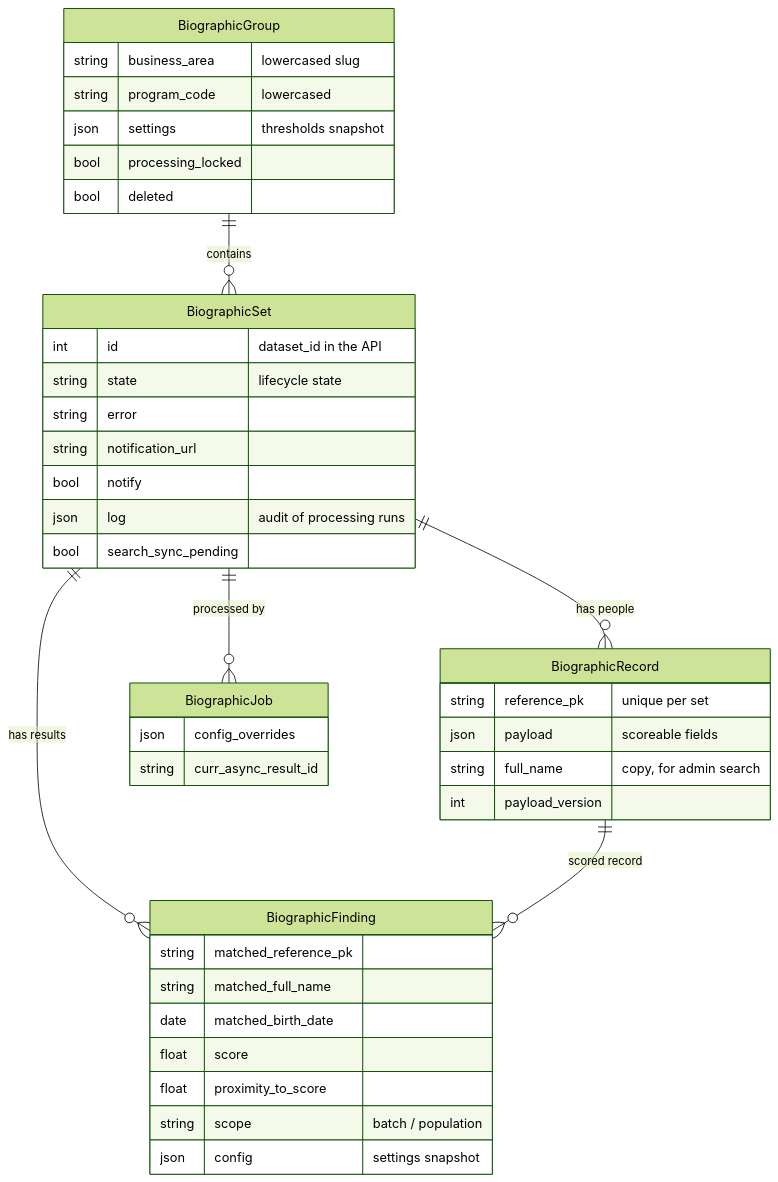
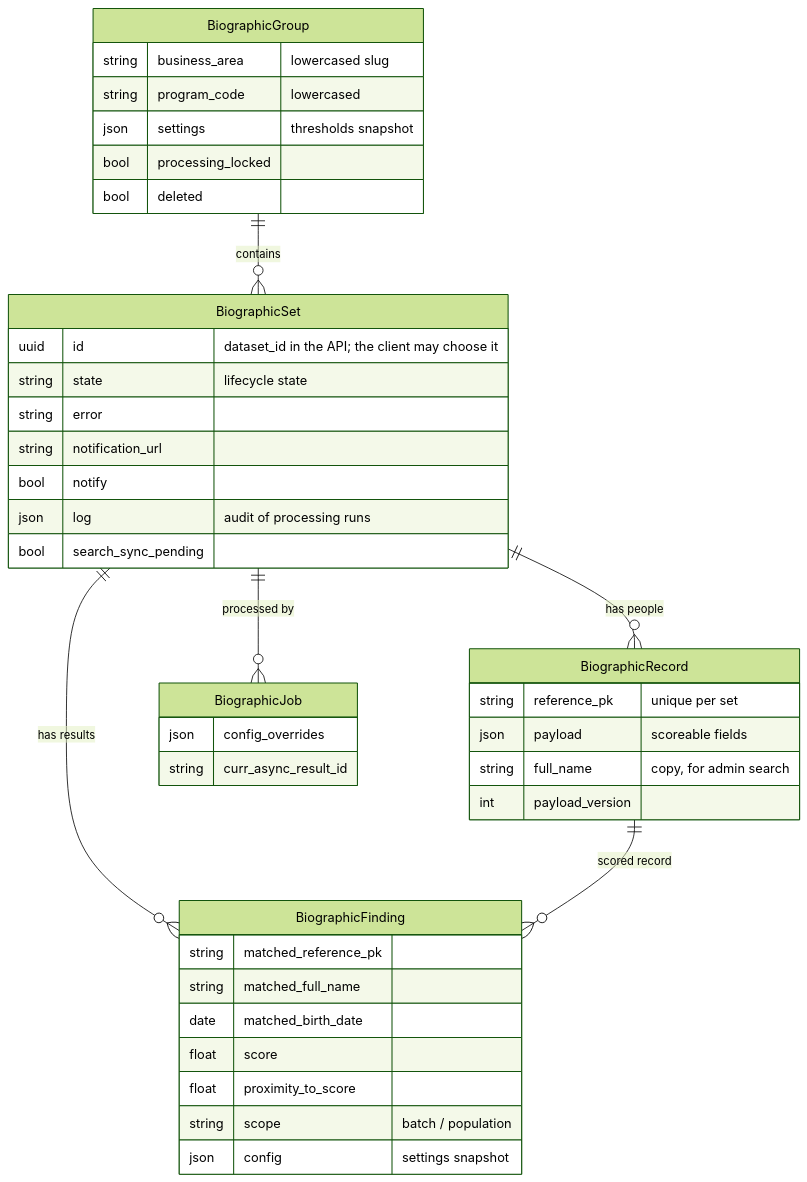
One commit to unicef/hope-dedup-engine changed the diagram in docs/src/biographic/concepts/data-model.md. Above: the diagram before and after it, drawn with Mermaid (forest theme). The commit also changed other lines of this file and 36 other files, not shown here.

Commit message:
Change dataset id to UUID Client can pass UUID when creating dataset Soft delete

````diff
--- a/docs/src/biographic/concepts/data-model.md
+++ b/docs/src/biographic/concepts/data-model.md
@@ -5,48 +5,48 @@
 ```mermaid
 erDiagram
     BiographicGroup ||--o{ BiographicSet : contains
     BiographicSet ||--o{ BiographicRecord : "has people"
     BiographicSet ||--o{ BiographicFinding : "has results"
     BiographicSet ||--o{ BiographicJob : "processed by"
     BiographicRecord ||--o{ BiographicFinding : "scored record"
 
     BiographicGroup {
         string business_area "lowercased slug"
         string program_code "lowercased"
         json settings "thresholds snapshot"
         bool processing_locked
         bool deleted
     }
 
     BiographicSet {
-        int id "dataset_id in the API"
+        uuid id "dataset_id in the API; the client may choose it"
         string state "lifecycle state"
         string error
         string notification_url
         bool notify
         json log "audit of processing runs"
         bool search_sync_pending
     }
 
     BiographicRecord {
         string reference_pk "unique per set"
         json payload "scoreable fields"
         string full_name "copy, for admin search"
         int payload_version
     }
 
     BiographicFinding {
         string matched_reference_pk
         string matched_full_name
         date matched_birth_date
         float score
         float proximity_to_score
         string scope "batch / population"
         json config "settings snapshot"
     }
 
     BiographicJob {
         json config_overrides
         string curr_async_result_id
     }
 ```
````
